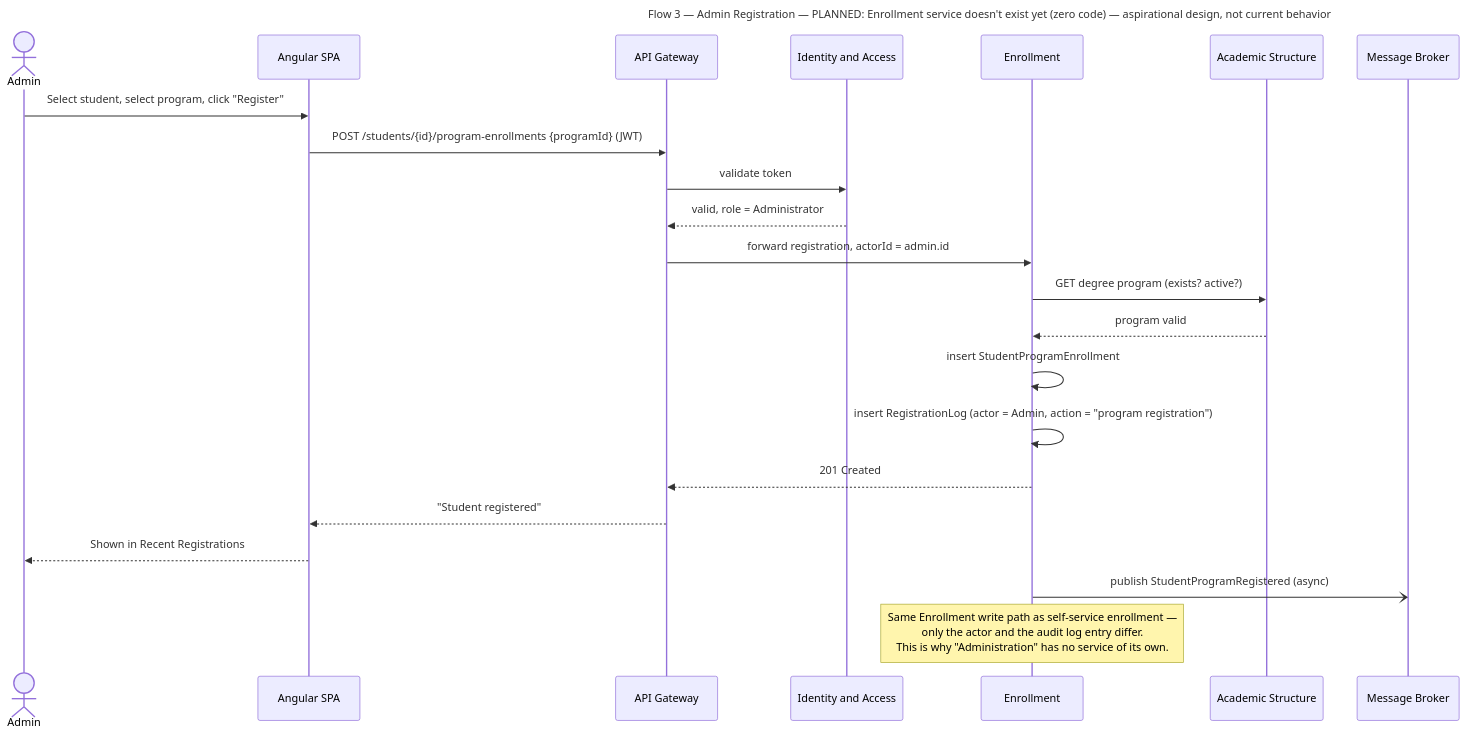
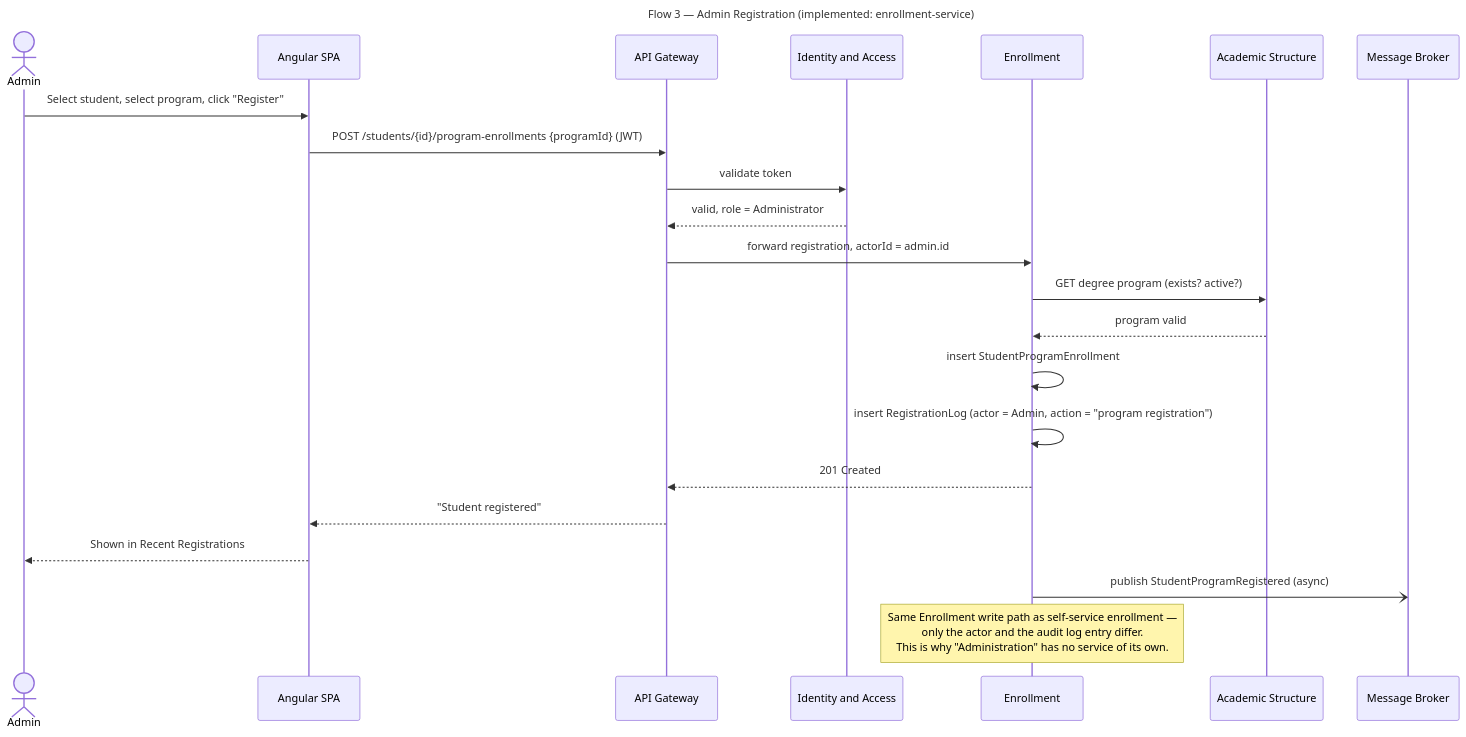
The diagram in docs/architecture/flow-03-admin-registration.mmd (ESD-ONE/University-Course-Management-System), drawn with Mermaid before and after one commit. The commit also changed 543 other files, not shown here.

```diff
--- a/docs/architecture/flow-03-admin-registration.mmd
+++ b/docs/architecture/flow-03-admin-registration.mmd
@@ -1,30 +1,30 @@
 ---
-title: "Flow 3 — Admin Registration — PLANNED: Enrollment service doesn't exist yet (zero code) — aspirational design, not current behavior"
+title: "Flow 3 — Admin Registration (implemented: enrollment-service)"
 ---
 sequenceDiagram
     actor Admin
     participant Client as Angular SPA
     participant GW as API Gateway
     participant IAM as Identity and Access
     participant ENR as Enrollment
     participant ACAD as Academic Structure
     participant MQ as Message Broker
 
     Admin->>Client: Select student, select program, click "Register"
     Client->>GW: POST /students/{id}/program-enrollments {programId} (JWT)
     GW->>IAM: validate token
     IAM-->>GW: valid, role = Administrator
     GW->>ENR: forward registration, actorId = admin.id
 
     ENR->>ACAD: GET degree program (exists? active?)
     ACAD-->>ENR: program valid
 
     ENR->>ENR: insert StudentProgramEnrollment
     ENR->>ENR: insert RegistrationLog (actor = Admin, action = "program registration")
     ENR-->>GW: 201 Created
     GW-->>Client: "Student registered"
     Client-->>Admin: Shown in Recent Registrations
 
     ENR-)MQ: publish StudentProgramRegistered (async)
 
     Note over ENR: Same Enrollment write path as self-service enrollment —<br/>only the actor and the audit log entry differ.<br/>This is why "Administration" has no service of its own.
```
